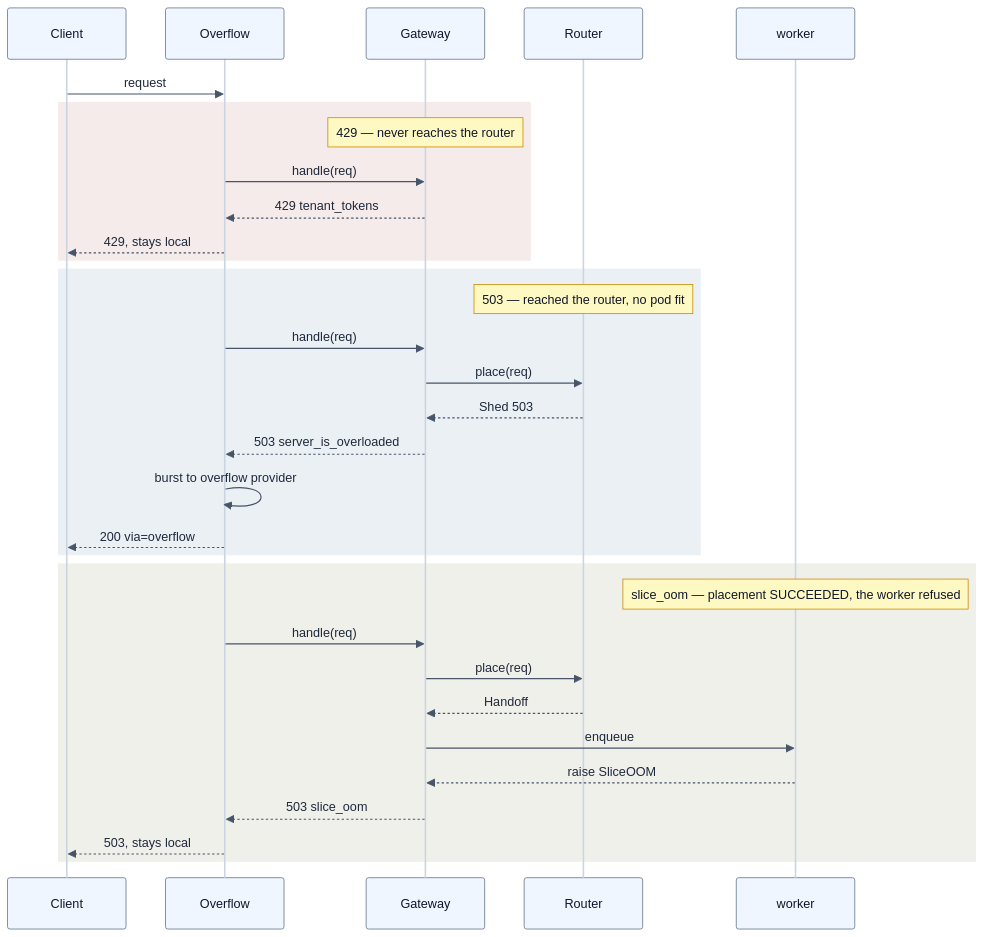
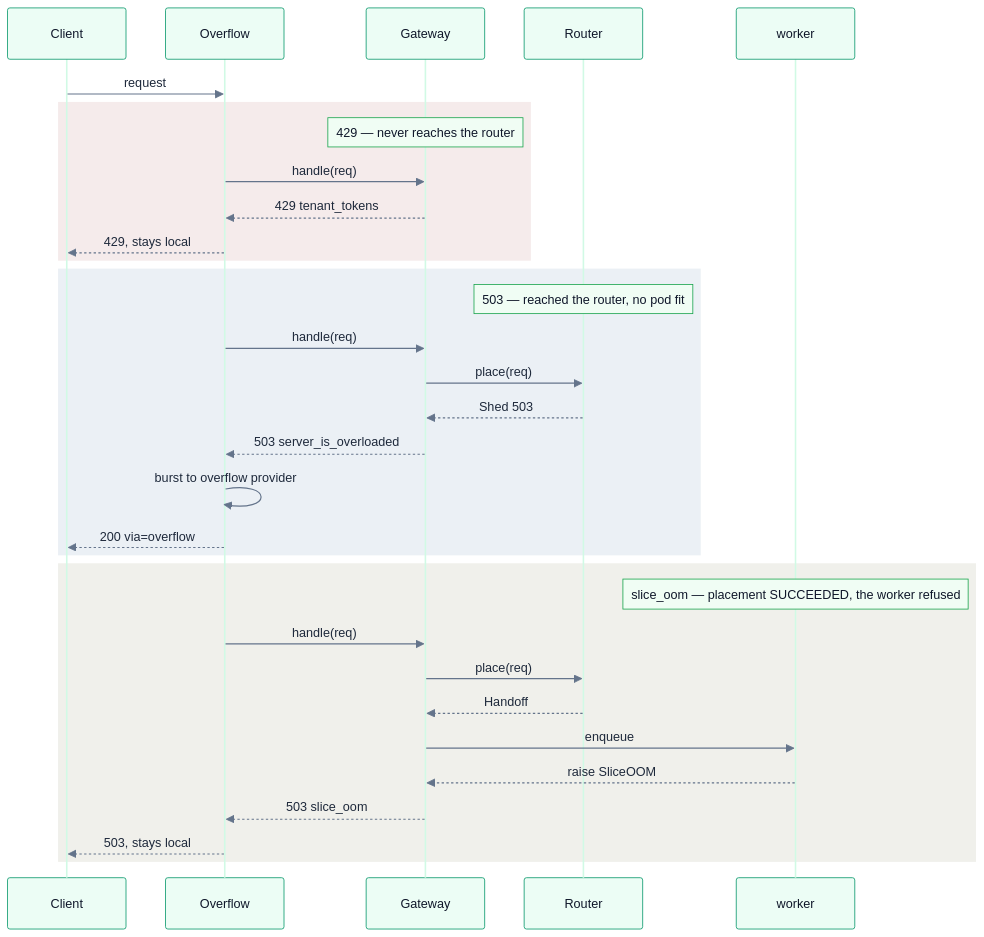
Before and after one commit to harshuljain13/Dodona: the second of 2 diagrams in docs/cluster/router.md, drawn with Mermaid. The commit also changed other lines of this file and 15 other files, not shown here.

````diff
--- a/docs/cluster/router.md
+++ b/docs/cluster/router.md
@@ -114,47 +114,47 @@
 ```mermaid
 %%{init: {'theme':'base','themeVariables':{
   'fontFamily':'ui-sans-serif, -apple-system, Segoe UI, Inter, Helvetica, Arial, sans-serif','fontSize':'13.5px',
-  'actorBkg':'#eff6ff','actorBorder':'#64748b','actorTextColor':'#0f172a','actorLineColor':'#cbd5e1',
-  'signalColor':'#475569','signalTextColor':'#1e293b',
-  'noteBkgColor':'#fef9c3','noteBorderColor':'#ca8a04','noteTextColor':'#0f172a',
-  'activationBkgColor':'#dbeafe','activationBorderColor':'#64748b',
-  'labelBoxBkgColor':'#f1f5f9','labelBoxBorderColor':'#cbd5e1','labelTextColor':'#0f172a',
+  'actorBkg':'#ecfdf5','actorBorder':'#059669','actorTextColor':'#0f172a','actorLineColor':'#d1fae5',
+  'signalColor':'#64748b','signalTextColor':'#1e293b',
+  'noteBkgColor':'#f0fdf4','noteBorderColor':'#16a34a','noteTextColor':'#0f172a',
+  'activationBkgColor':'#d1fae5','activationBorderColor':'#047857',
+  'labelBoxBkgColor':'#ffffff','labelBoxBorderColor':'#a7f3d0','labelTextColor':'#0f172a',
   'sequenceNumberColor':'#ffffff','loopTextColor':'#1e293b'
 }}}%%
 sequenceDiagram
     participant C as Client
     participant O as Overflow
     participant A as Gateway
     participant R as Router
     participant W as worker
 
     C->>O: request
 
     rect rgb(245, 235, 235)
         Note over A: 429 — never reaches the router
         O->>A: handle(req)
         A-->>O: 429 tenant_tokens
         O-->>C: 429, stays local
     end
 
     rect rgb(235, 240, 245)
         Note over R: 503 — reached the router, no pod fit
         O->>A: handle(req)
         A->>R: place(req)
         R-->>A: Shed 503
         A-->>O: 503 server_is_overloaded
         O->>O: burst to overflow provider
         O-->>C: 200 via=overflow
     end
 
     rect rgb(240, 240, 235)
         Note over W: slice_oom — placement SUCCEEDED, the worker refused
         O->>A: handle(req)
         A->>R: place(req)
         R-->>A: Handoff
         A->>W: enqueue
         W-->>A: raise SliceOOM
         A-->>O: 503 slice_oom
         O-->>C: 503, stays local
     end
 ```
````
